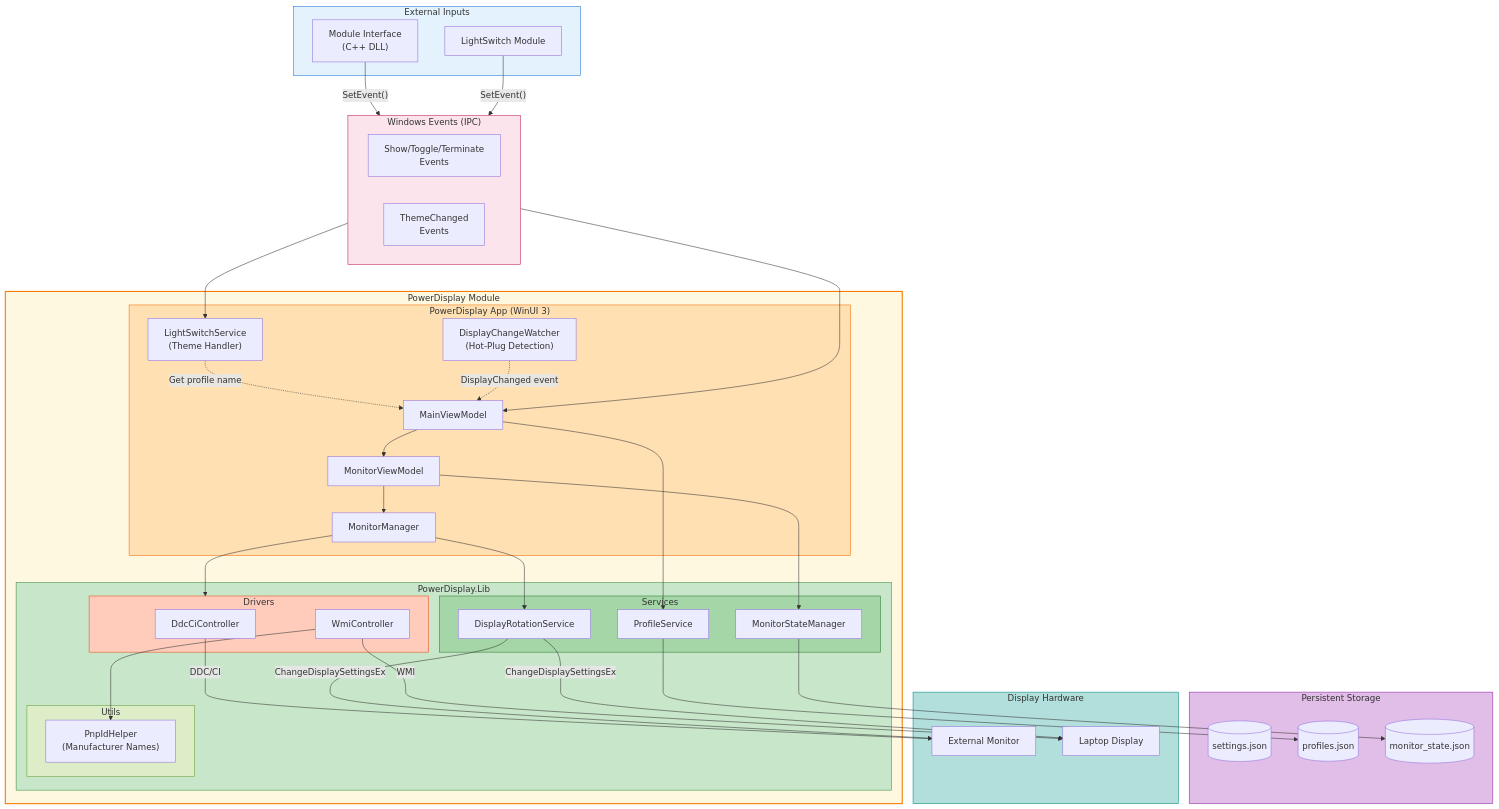
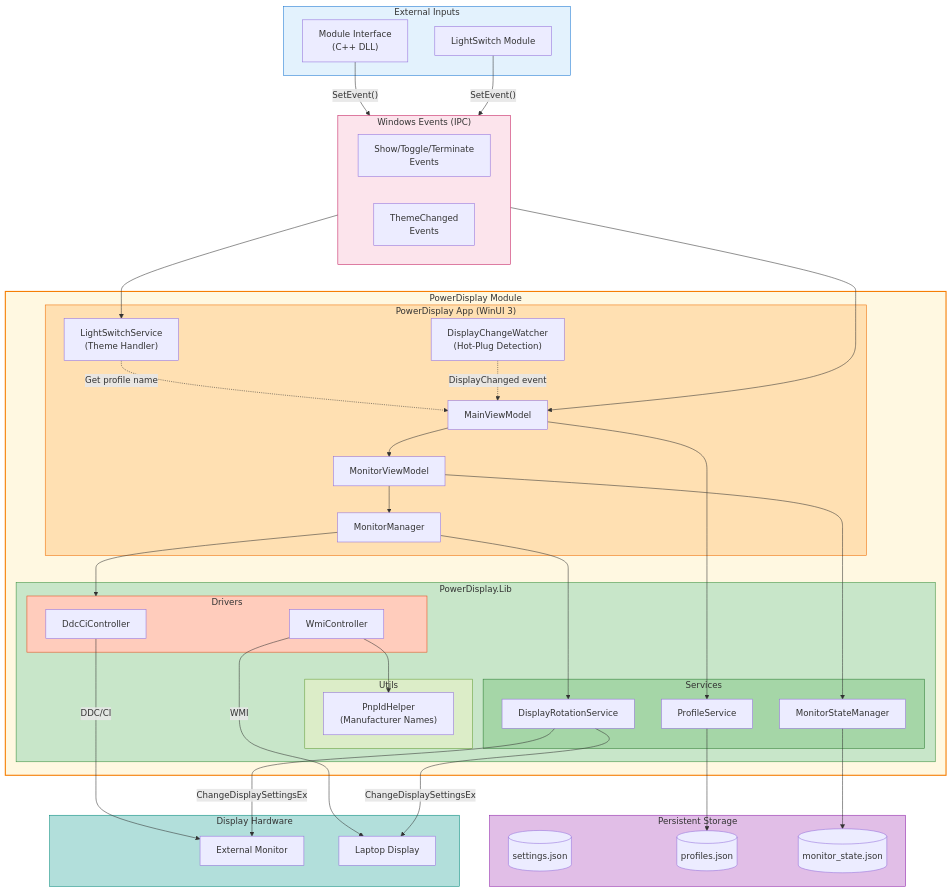
The second of 23 diagrams in doc/devdocs/modules/powerdisplay/design.md (microsoft/PowerToys), drawn with Mermaid before and after one commit.

Commit message:
Improve flowchart layout in design.md for clarity
Updated the Mermaid flowchart in design.md to enforce a vertical layout by positioning PowerDisplay.Lib above Storage and Hardware. This enhances the diagram's readability and structural clarity without altering other elements or styles.

```diff
--- a/doc/devdocs/modules/powerdisplay/design.md
+++ b/doc/devdocs/modules/powerdisplay/design.md
@@ -363,6 +363,10 @@
     DisplayRotationService -->|"ChangeDisplaySettingsEx"| ExternalMonitor
     DisplayRotationService -->|"ChangeDisplaySettingsEx"| LaptopDisplay
 
+    %% Force vertical layout: PowerDisplay.Lib above Storage/Hardware
+    PowerDisplayLib ~~~ Storage
+    PowerDisplayLib ~~~ Hardware
+
     %% Styling
     style ExternalInputs fill:#e3f2fd,stroke:#1976d2
     style WindowsEvents fill:#fce4ec,stroke:#c2185b
```
